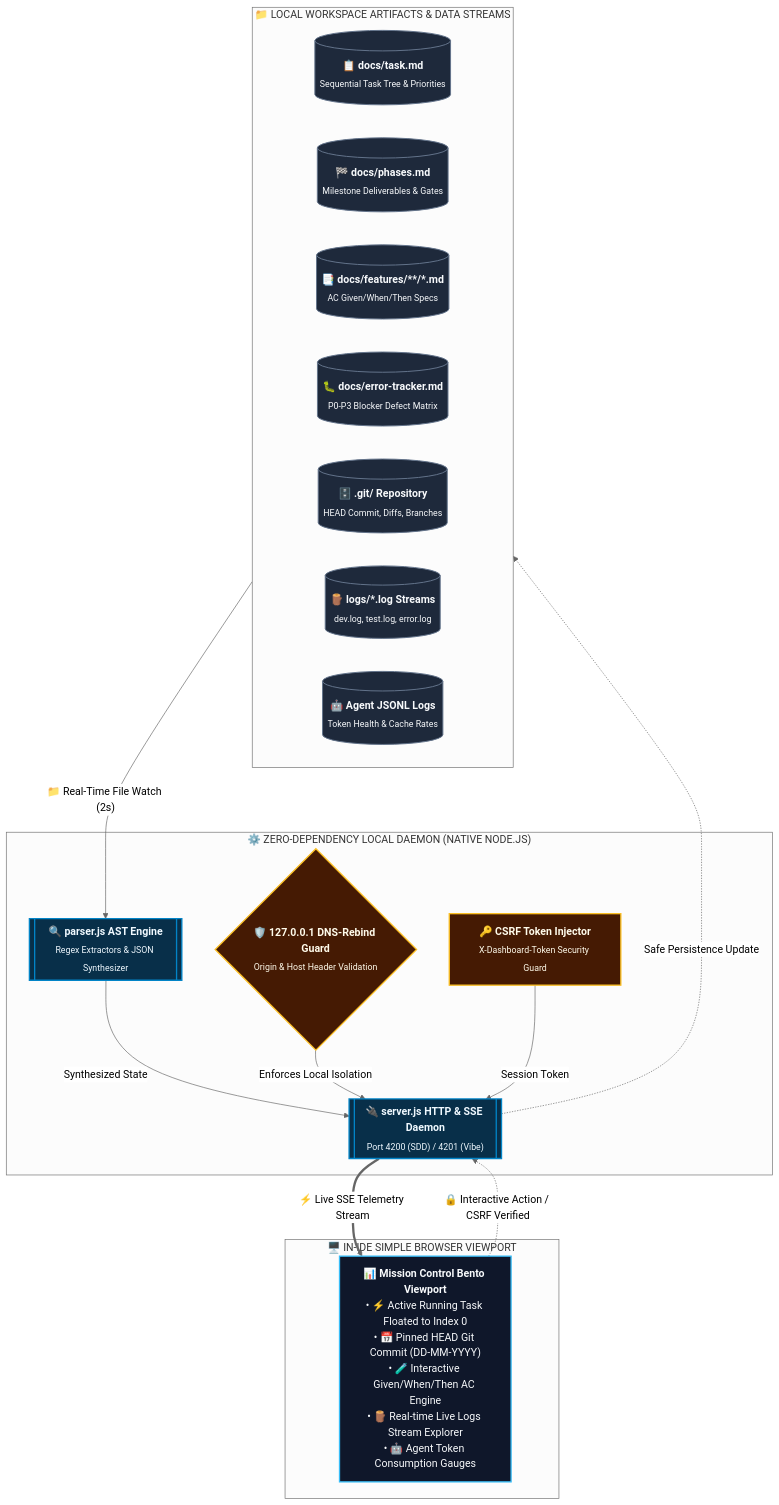
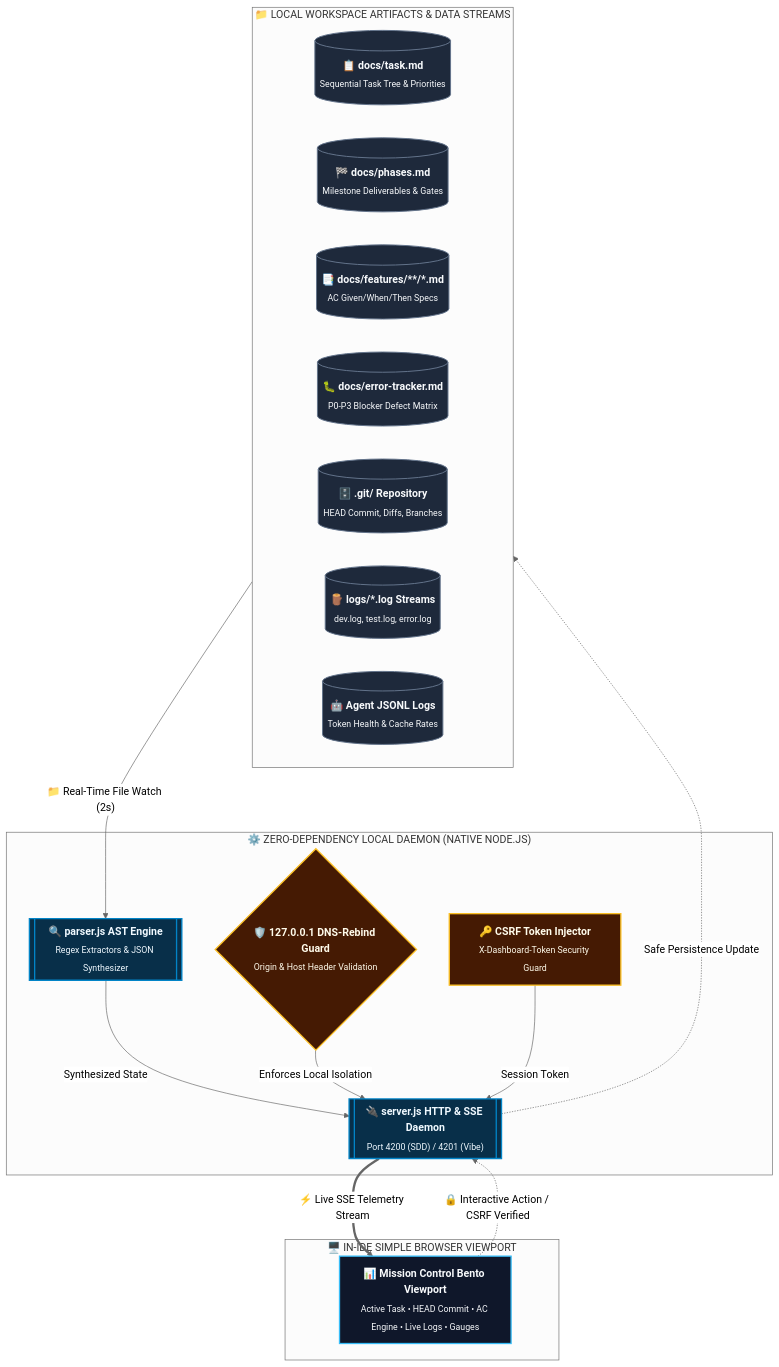
One commit to rmsofficialsyt/Agentic-AI-Vibe-Coding-AND-SDD-TDD-Codebase-Chandan-Adhikary changed the first of 5 diagrams in PROJECT-MANAGER-DASHBOARD-GUIDE.md. Above: the diagram before and after it, drawn with Mermaid (neutral theme). The commit also changed other lines of this file and 14 other files, not shown here.

Commit message:
docs: standardize diagram card sizes, layouts, and UI sizing scale across frameworks

````diff
--- a/PROJECT-MANAGER-DASHBOARD-GUIDE.md
+++ b/PROJECT-MANAGER-DASHBOARD-GUIDE.md
@@ -25,36 +25,36 @@
 ```mermaid
 flowchart TD
     classDef store fill:#1e293b,stroke:#64748b,stroke-width:1.5px,color:#f8fafc;
     classDef daemon fill:#082f49,stroke:#0284c7,stroke-width:2px,color:#f0f9ff;
     classDef client fill:#0f172a,stroke:#38bdf8,stroke-width:2px,color:#f8fafc;
     classDef sec fill:#451a03,stroke:#fbbf24,stroke-width:2px,color:#fffbeb;
 
     subgraph WorkspaceState ["📁 LOCAL WORKSPACE ARTIFACTS & DATA STREAMS"]
         Tasks[("<b>📋 docs/task.md</b><br/><sub>Sequential Task Tree & Priorities</sub>")]:::store
         Phases[("<b>🏁 docs/phases.md</b><br/><sub>Milestone Deliverables & Gates</sub>")]:::store
         Specs[("<b>📑 docs/features/**/*.md</b><br/><sub>AC Given/When/Then Specs</sub>")]:::store
         Errors[("<b>🐛 docs/error-tracker.md</b><br/><sub>P0-P3 Blocker Defect Matrix</sub>")]:::store
         GitRepo[("<b>🗄️ .git/ Repository</b><br/><sub>HEAD Commit, Diffs, Branches</sub>")]:::store
         Logs[("<b>🪵 logs/*.log Streams</b><br/><sub>dev.log, test.log, error.log</sub>")]:::store
         Transcripts[("<b>🤖 Agent JSONL Logs</b><br/><sub>Token Health & Cache Rates</sub>")]:::store
     end
 
     subgraph DaemonTier ["⚙️ ZERO-DEPENDENCY LOCAL DAEMON (NATIVE NODE.JS)"]
         Parser[["<b>🔍 parser.js AST Engine</b><br/><sub>Regex Extractors & JSON Synthesizer</sub>"]]:::daemon
         Server[["<b>🔌 server.js HTTP & SSE Daemon</b><br/><sub>Port 4200 (SDD) / 4201 (Vibe)</sub>"]]:::daemon
         SecurityGuard{"<b>🛡️ 127.0.0.1 DNS-Rebind Guard</b><br/><sub>Origin & Host Header Validation</sub>"}:::sec
         CSRFManager["<b>🔑 CSRF Token Injector</b><br/><sub>X-Dashboard-Token Security Guard</sub>"]:::sec
     end
 
     subgraph ViewportTier ["🖥️ IN-IDE SIMPLE BROWSER VIEWPORT"]
-        DashboardUI["<b>📊 Mission Control Bento Viewport</b><br/>• ⚡ Active Running Task Floated to Index 0<br/>• 📅 Pinned HEAD Git Commit (DD-MM-YYYY)<br/>• 🧪 Interactive Given/When/Then AC Engine<br/>• 🪵 Real-time Live Logs Stream Explorer<br/>• 🤖 Agent Token Consumption Gauges"]:::client
+        DashboardUI["<b>📊 Mission Control Bento Viewport</b><br/><sub>Active Task • HEAD Commit • AC Engine • Live Logs • Gauges</sub>"]:::client
     end
 
     WorkspaceState -->|"📁 Real-Time File Watch (2s)"| Parser
     Parser -->|"Synthesized State"| Server
     SecurityGuard -->|"Enforces Local Isolation"| Server
     CSRFManager -->|"Session Token"| Server
     Server ==>|"⚡ Live SSE Telemetry Stream"| DashboardUI
     DashboardUI -.->|"🔒 Interactive Action / CSRF Verified"| Server
     Server -.->|"Safe Persistence Update"| WorkspaceState
 ```
````
